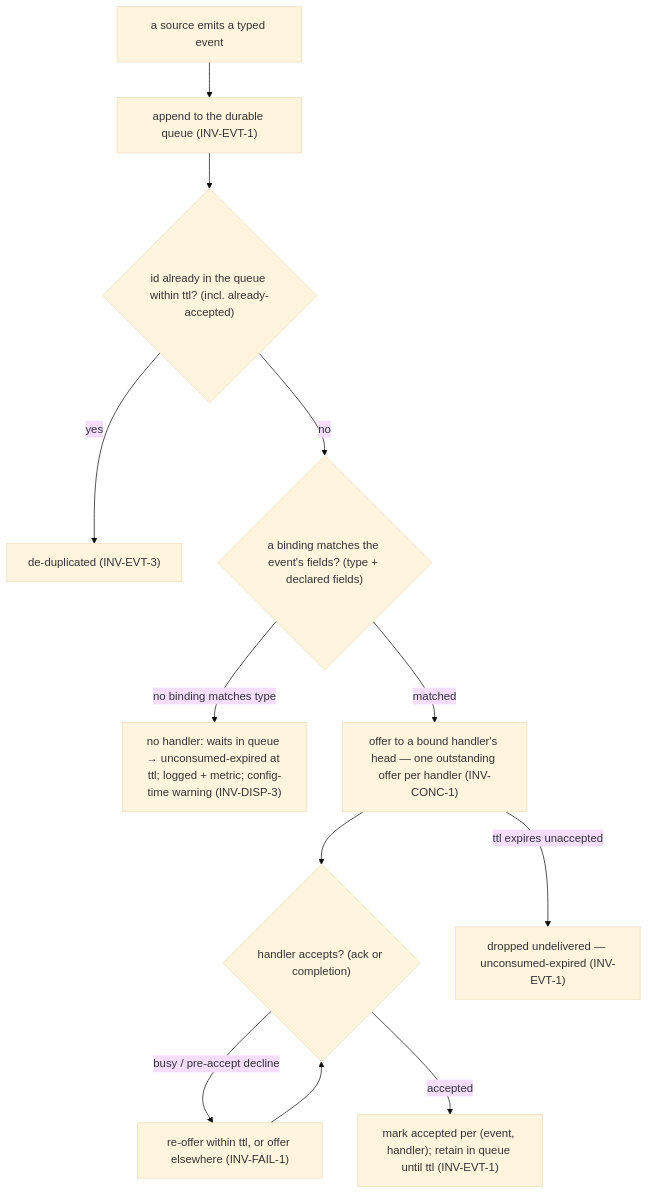
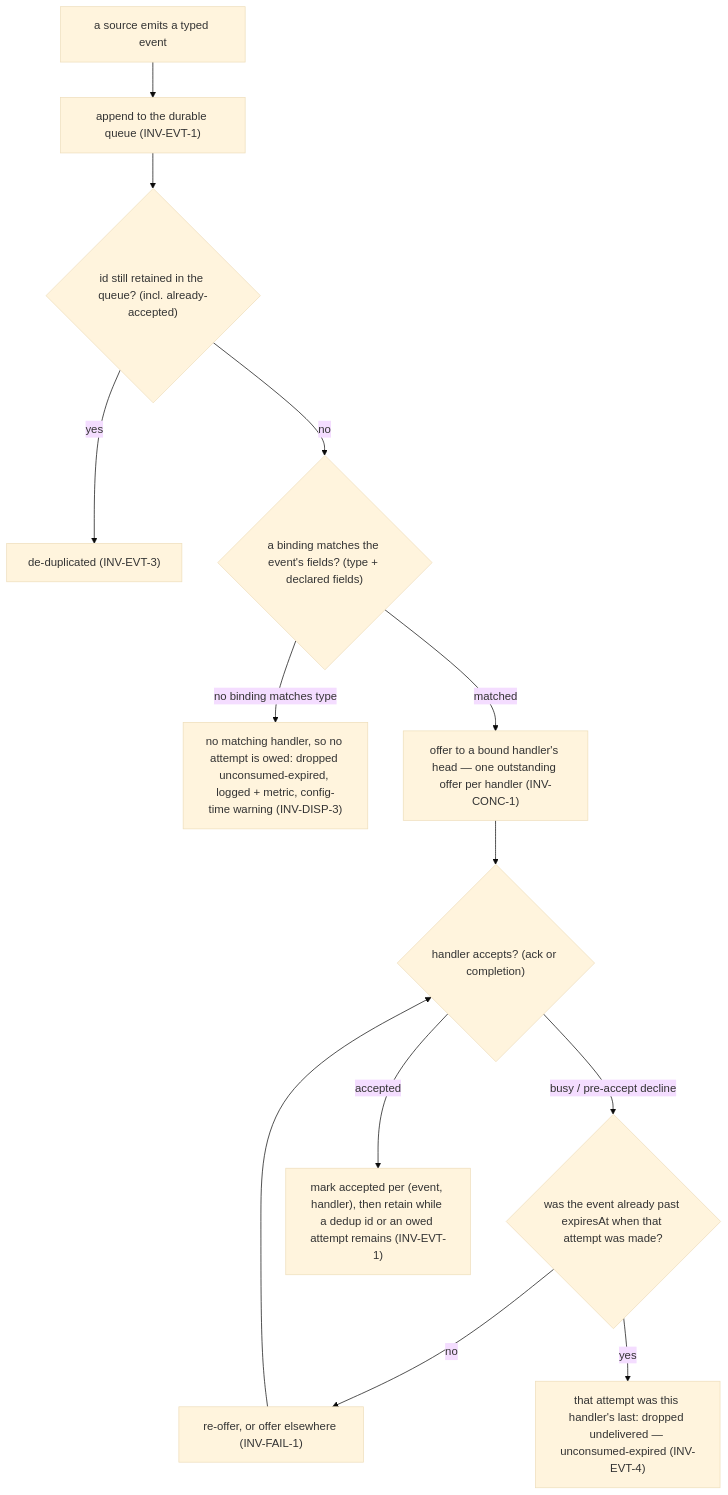
One commit to phillipgreenii/nix-agent-support changed the first of 2 diagrams in packages/pr-pool/docs/behavior/invariants.md. Above: the diagram before and after it, drawn with Mermaid (base theme). The commit also changed other lines of this file and 11 other files, not shown here.

````diff
--- a/packages/pr-pool/docs/behavior/invariants.md
+++ b/packages/pr-pool/docs/behavior/invariants.md
@@ -17,14 +17,15 @@
 ```mermaid
 flowchart TD
     emit["a source emits a typed event"] --> enq["append to the durable queue (INV-EVT-1)"]
-    enq --> dedup{"id already in the queue within ttl? (incl. already-accepted)"}
+    enq --> dedup{"id still retained in the queue? (incl. already-accepted)"}
     dedup -->|yes| drop["de-duplicated (INV-EVT-3)"]
     dedup -->|no| match{"a binding matches the event's fields? (type + declared fields)"}
-    match -->|no binding matches type| noh["no handler: waits in queue → unconsumed-expired at ttl; logged + metric; config-time warning (INV-DISP-3)"]
+    match -->|no binding matches type| noh["no matching handler, so no attempt is owed: dropped unconsumed-expired, logged + metric, config-time warning (INV-DISP-3)"]
     match -->|matched| offer["offer to a bound handler's head — one outstanding offer per handler (INV-CONC-1)"]
     offer --> acc{"handler accepts? (ack or completion)"}
-    acc -->|"busy / pre-accept decline"| reoffer["re-offer within ttl, or offer elsewhere (INV-FAIL-1)"]
+    acc -->|"busy / pre-accept decline"| exp{"was the event already past expiresAt when that attempt was made?"}
+    exp -->|no| reoffer["re-offer, or offer elsewhere (INV-FAIL-1)"]
     reoffer --> acc
-    acc -->|accepted| mark["mark accepted per (event, handler); retain in queue until ttl (INV-EVT-1)"]
-    offer -->|ttl expires unaccepted| expire["dropped undelivered — unconsumed-expired (INV-EVT-1)"]
+    exp -->|yes| expire["that attempt was this handler's last: dropped undelivered — unconsumed-expired (INV-EVT-4)"]
+    acc -->|accepted| mark["mark accepted per (event, handler), then retain while a dedup id or an owed attempt remains (INV-EVT-1)"]
 ```
````
